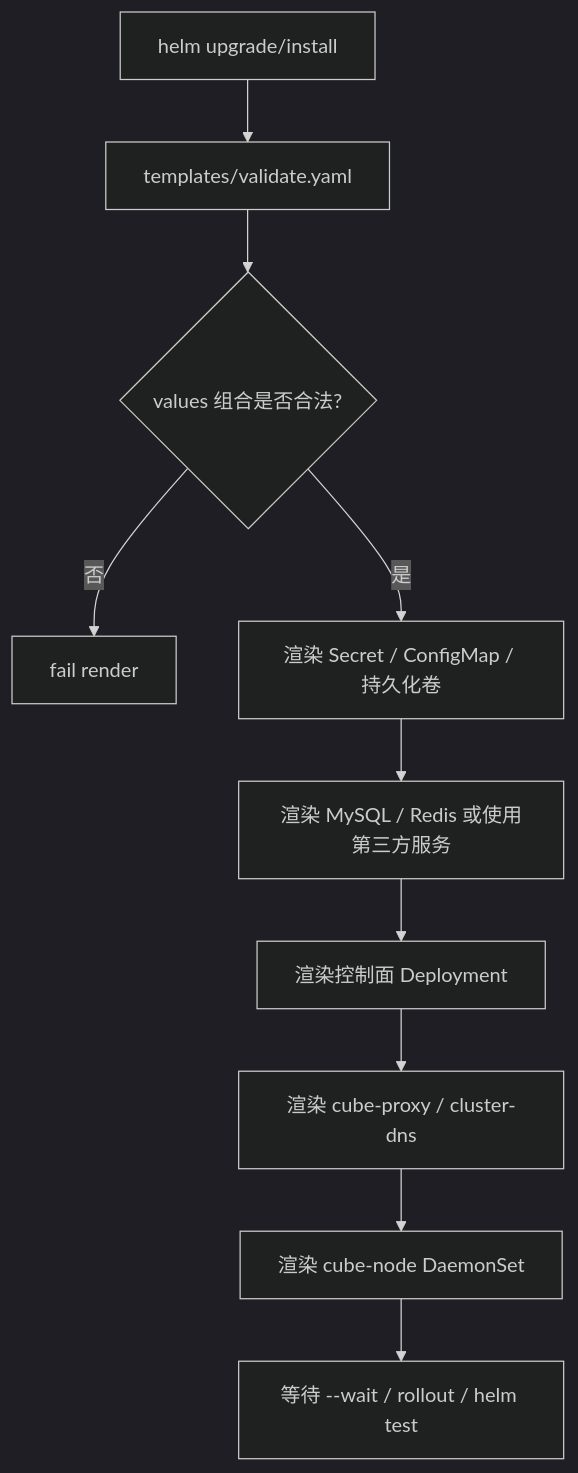
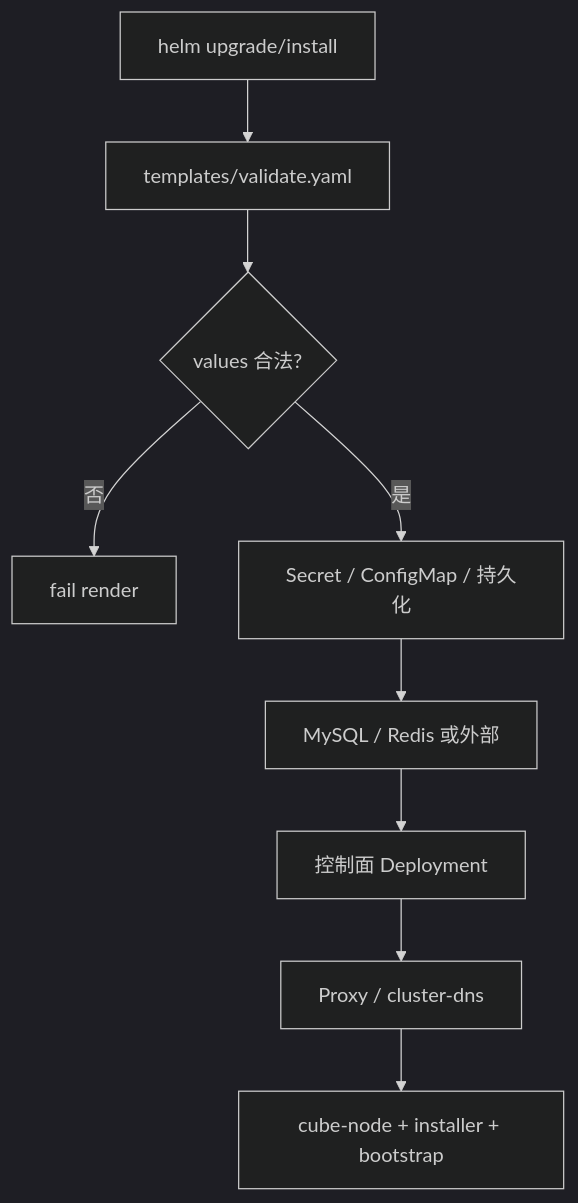
One commit to TencentCloud/CubeSandbox changed the third of 9 diagrams in deploy/kubernetes/chart/docs/ARCHITECTURE.md. Above: the diagram before and after it, drawn with Mermaid (dark theme). The commit also changed other lines of this file and 42 other files, not shown here.

First line of the commit message:
feat(kubernetes): split cube-node into bootstrap/installer/node DaemonSets, add per-component images

````diff
--- a/deploy/kubernetes/chart/docs/ARCHITECTURE.md
+++ b/deploy/kubernetes/chart/docs/ARCHITECTURE.md
@@ -173,12 +167,11 @@
 ```mermaid
 flowchart TD
   A["helm upgrade/install"] --> B["templates/validate.yaml"]
-  B --> C{"values 组合是否合法?"}
+  B --> C{"values 合法?"}
   C -- 否 --> X["fail render"]
-  C -- 是 --> D["渲染 Secret / ConfigMap / 持久化卷"]
-  D --> E["渲染 MySQL / Redis 或使用第三方服务"]
-  E --> F["渲染控制面 Deployment"]
-  F --> G["渲染 cube-proxy / cluster-dns"]
-  G --> H["渲染 cube-node DaemonSet"]
-  H --> I["等待 --wait / rollout / helm test"]
+  C -- 是 --> D["Secret / ConfigMap / 持久化"]
+  D --> E["MySQL / Redis 或外部"]
+  E --> F["控制面 Deployment"]
+  F --> G["Proxy / cluster-dns"]
+  G --> H["cube-node + installer + bootstrap"]
 ```
````
